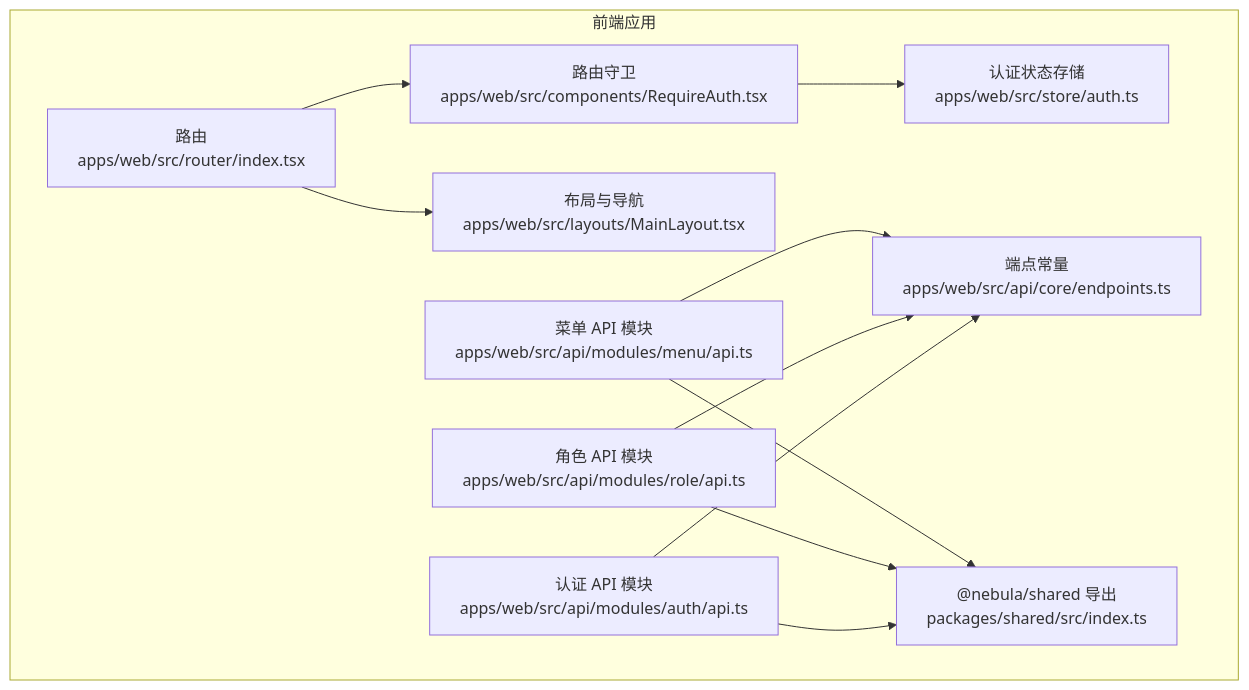
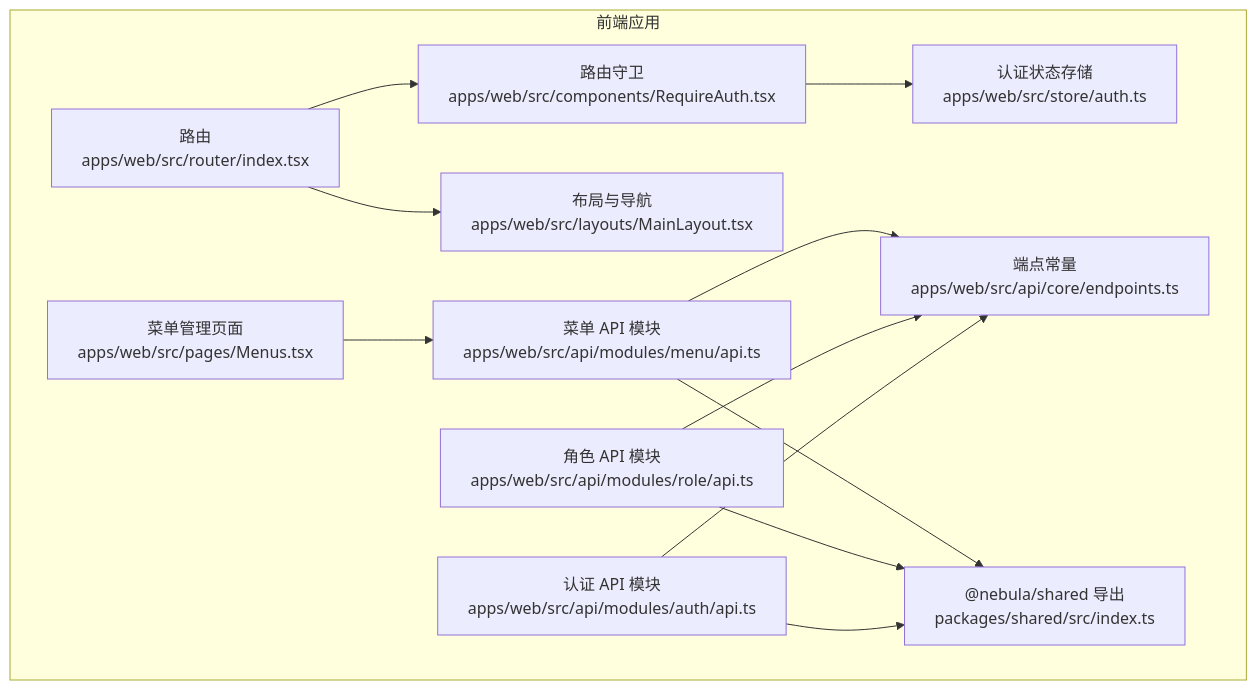
One commit to translateServers/nodes-stack changed the first of 7 diagrams in .qoder/repowiki/zh/content/前端系统/API 集成/模块化 API 设计/菜单权限模块 API.md. Above: the diagram before and after it, drawn with Mermaid. The commit also changed other lines of this file and 8 other files, not shown here.

````diff
--- a/.qoder/repowiki/zh/content/前端系统/API 集成/模块化 API 设计/菜单权限模块 API.md
+++ b/.qoder/repowiki/zh/content/前端系统/API 集成/模块化 API 设计/菜单权限模块 API.md
@@ -37,23 +48,25 @@
 ```mermaid
 graph TB
 subgraph "前端应用"
 R["路由<br/>apps/web/src/router/index.tsx"]
 L["布局与导航<br/>apps/web/src/layouts/MainLayout.tsx"]
 RA["路由守卫<br/>apps/web/src/components/RequireAuth.tsx"]
 AS["认证状态存储<br/>apps/web/src/store/auth.ts"]
 E["端点常量<br/>apps/web/src/api/core/endpoints.ts"]
 MAPI["菜单 API 模块<br/>apps/web/src/api/modules/menu/api.ts"]
 RAPI["角色 API 模块<br/>apps/web/src/api/modules/role/api.ts"]
 AUTHAPI["认证 API 模块<br/>apps/web/src/api/modules/auth/api.ts"]
+MENUPAGE["菜单管理页面<br/>apps/web/src/pages/Menus.tsx"]
 SHARED["@nebula/shared 导出<br/>packages/shared/src/index.ts"]
 end
 R --> RA
 R --> L
 RA --> AS
 MAPI --> E
 RAPI --> E
 AUTHAPI --> E
+MENUPAGE --> MAPI
 MAPI --> SHARED
 RAPI --> SHARED
 AUTHAPI --> SHARED
 ```
````
